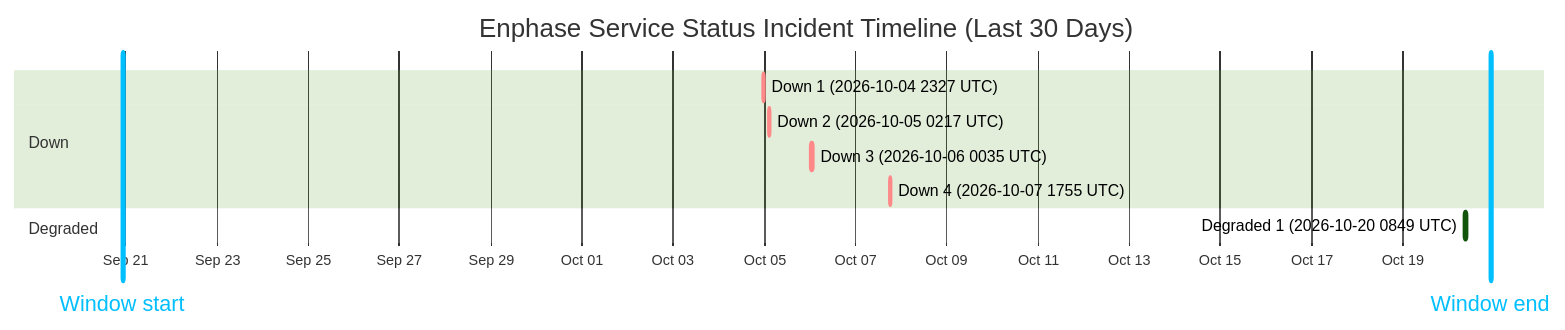
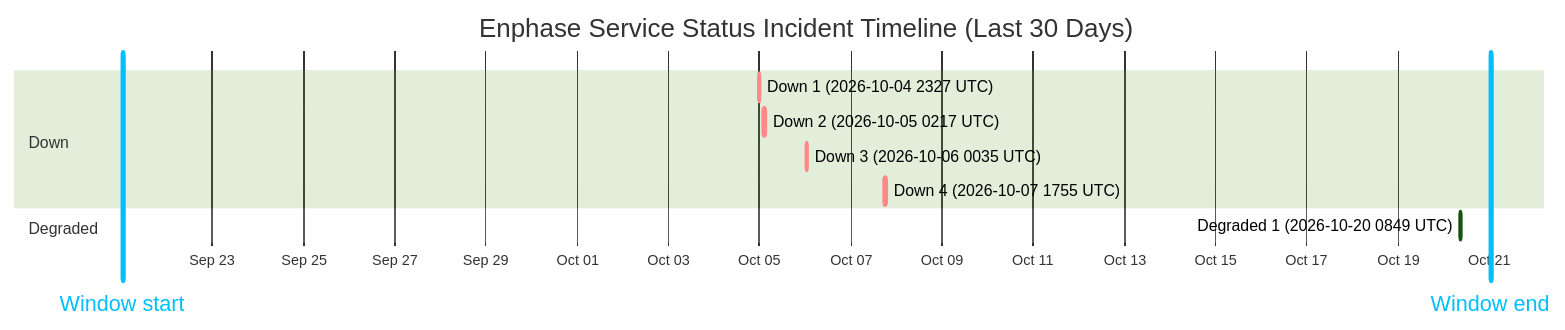
The diagram in wiki/Service-Status-History.md (barneyonline/ha-enphase-energy), drawn with Mermaid (forest theme) before and after one commit. The commit also changed other lines of this file and 3 other files, not shown here.

````diff
--- a/wiki/Service-Status-History.md
+++ b/wiki/Service-Status-History.md
@@ -14,15 +14,15 @@
 ```mermaid
 gantt
     title Enphase Service Status Incident Timeline (Last 30 Days)
     dateFormat  YYYY-MM-DDTHH:mm:ss
     axisFormat  %b %d
-    Window start :vert, window-start, 2026-09-20T22:06:33, 0ms
-    Window end :vert, window-end, 2026-10-20T22:06:33, 0ms
+    Window start :vert, window-start, 2026-09-21T00:45:16, 0ms
+    Window end :vert, window-end, 2026-10-21T00:45:16, 0ms
     section Down
     Down 1 (2026-10-04 2327 UTC) :crit, down-1, 2026-10-04T23:27:34, 60m
     Down 2 (2026-10-05 0217 UTC) :crit, down-2, 2026-10-05T02:17:30, 60m
     Down 3 (2026-10-06 0035 UTC) :crit, down-3, 2026-10-06T00:35:21, 60m
     Down 4 (2026-10-07 1755 UTC) :crit, down-4, 2026-10-07T17:55:16, 60m
     section Degraded
     Degraded 1 (2026-10-20 0849 UTC) :active, degraded-1, 2026-10-20T08:49:49, 60m
 ```
````
